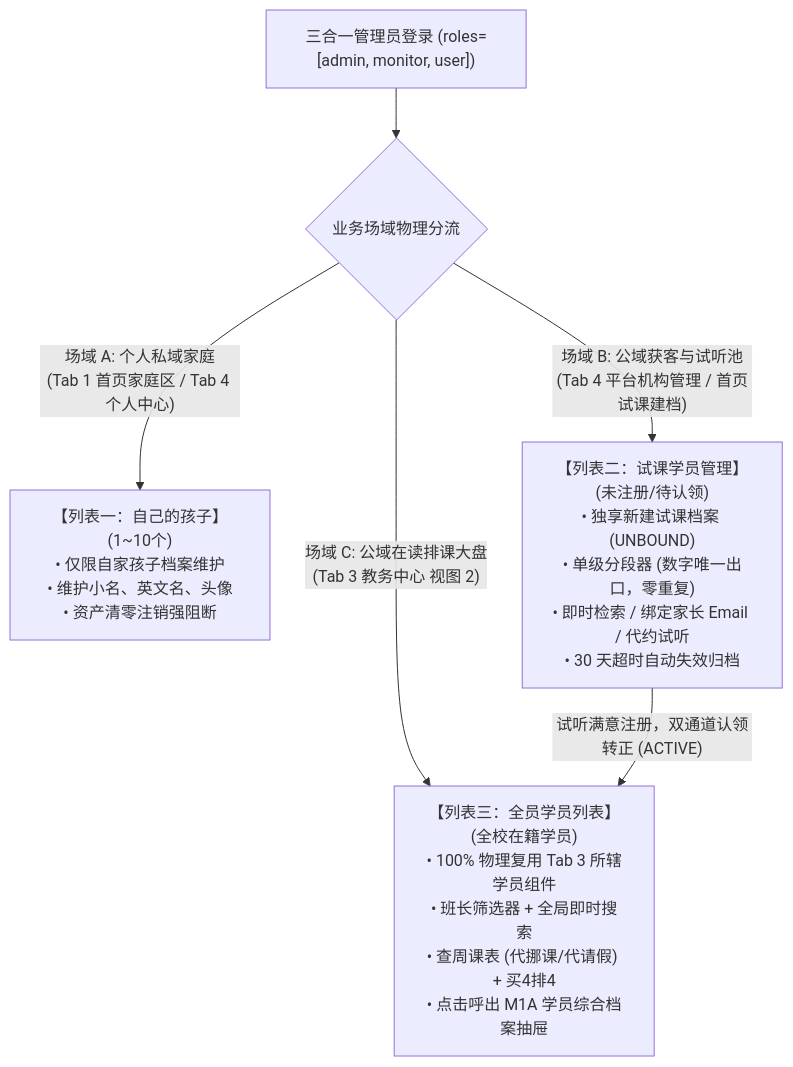
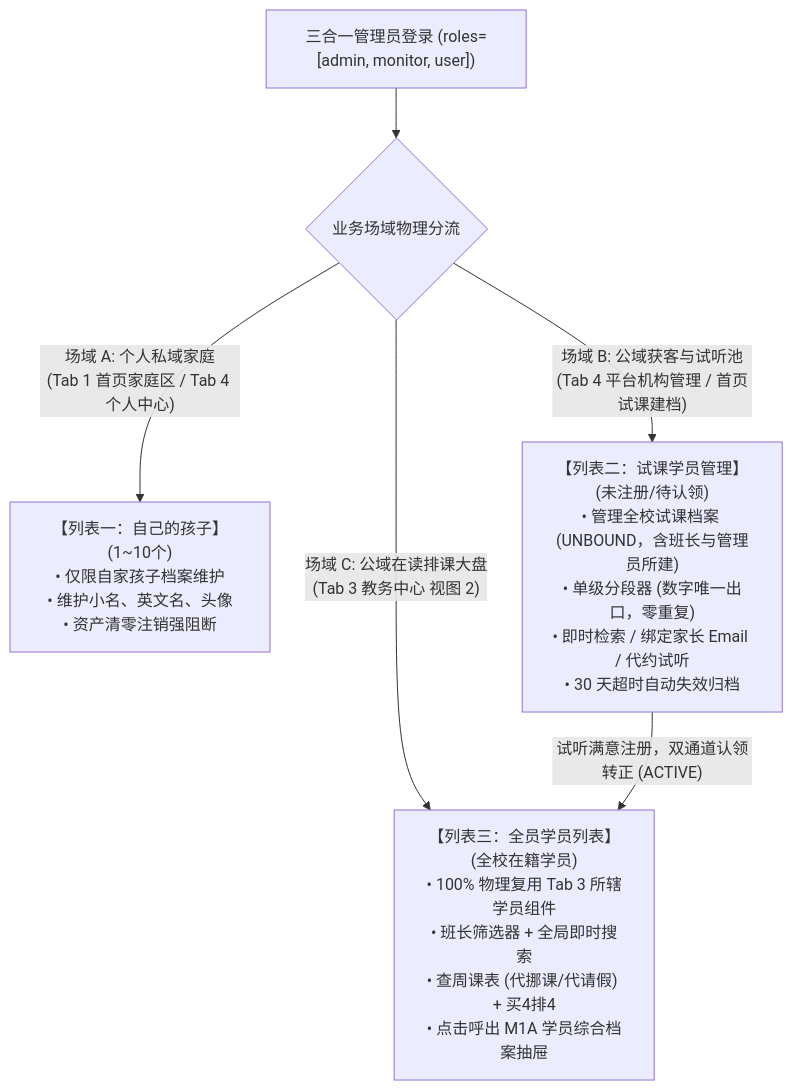
Before and after one commit to Onezao/dream: the fifth of 6 diagrams in docs/prd/m1a_student_profile.md, drawn with Mermaid. The commit also changed other lines of this file and 35 other files, not shown here.

````diff
--- a/docs/prd/m1a_student_profile.md
+++ b/docs/prd/m1a_student_profile.md
@@ -149,12 +149,12 @@
 ```mermaid
 flowchart TD
     AdminUser["三合一管理员登录 (roles=[admin, monitor, user])"] --> SplitField{"业务场域物理分流"}
     
     SplitField -->|"场域 A: 个人私域家庭<br/>(Tab 1 首页家庭区 / Tab 4 个人中心)"| L1["【列表一：自己的孩子】(1~10个)<br/>• 仅限自家孩子档案维护<br/>• 维护小名、英文名、头像<br/>• 资产清零注销强阻断"]
     
-    SplitField -->|"场域 B: 公域获客与试听池<br/>(Tab 4 平台机构管理 / 首页试课建档)"| L2["【列表二：试课学员管理】(未注册/待认领)<br/>• 独享新建试课档案 (UNBOUND)<br/>• 单级分段器 (数字唯一出口，零重复)<br/>• 即时检索 / 绑定家长 Email / 代约试听<br/>• 30 天超时自动失效归档"]
+    SplitField -->|"场域 B: 公域获客与试听池<br/>(Tab 4 平台机构管理 / 首页试课建档)"| L2["【列表二：试课学员管理】(未注册/待认领)<br/>• 管理全校试课档案 (UNBOUND，含班长与管理员所建)<br/>• 单级分段器 (数字唯一出口，零重复)<br/>• 即时检索 / 绑定家长 Email / 代约试听<br/>• 30 天超时自动失效归档"]
     
     SplitField -->|"场域 C: 公域在读排课大盘<br/>(Tab 3 教务中心 视图 2)"| L3["【列表三：全员学员列表】(全校在籍学员)<br/>• 100% 物理复用 Tab 3 所辖学员组件<br/>• 班长筛选器 + 全局即时搜索<br/>• 查周课表 (代挪课/代请假) + 买4排4<br/>• 点击呼出 M1A 学员综合档案抽屉"]
     
     L2 -->|"试听满意注册，双通道认领转正 (ACTIVE)"| L3
 ```
````
